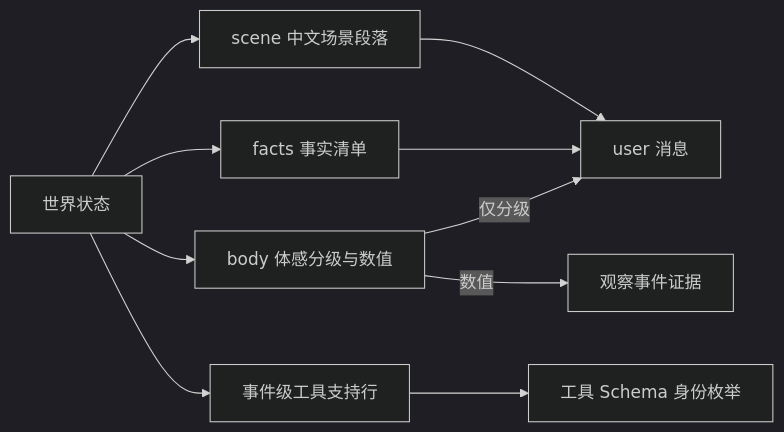
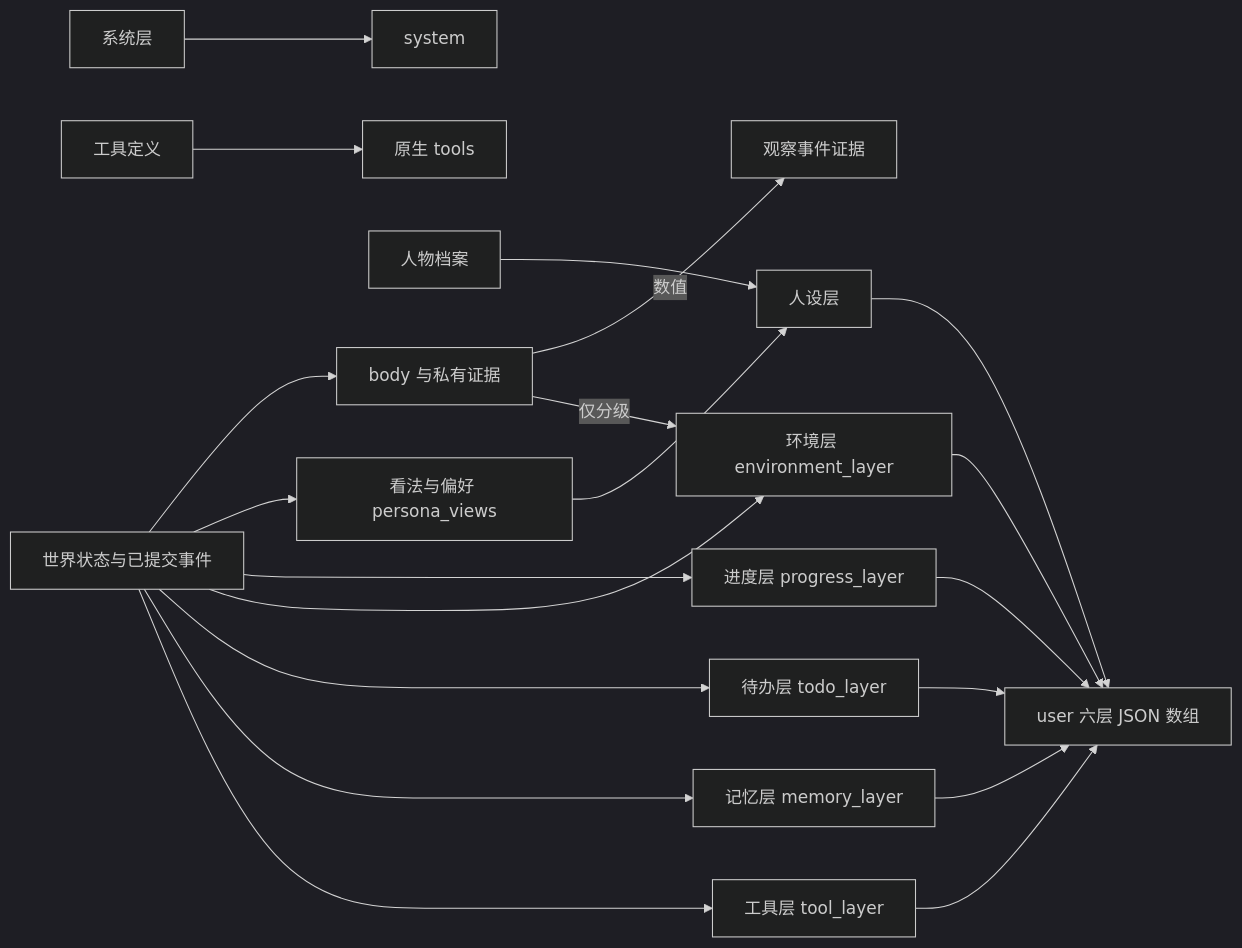
Before and after one commit to HoldThatThgt/WorldMock: the second of 2 diagrams in docs/CONTRACTS.md, drawn with Mermaid (dark theme). The commit also changed other lines of this file, not shown here.

First line of the commit message:
docs: sync CONTRACTS with the persona prompt seven-layer spec (C1-C30, C32)

````diff
--- a/docs/CONTRACTS.md
+++ b/docs/CONTRACTS.md
@@ -541,12 +610,22 @@
 ```mermaid
 flowchart LR
-    W[世界状态] --> S[scene 中文场景段落]
-    W --> F[facts 事实清单]
-    W --> B[body 体感分级与数值]
-    W --> T[事件级工具支持行]
-    S --> U[user 消息]
-    F --> U
-    B -->|仅分级| U
+    W[世界状态与已提交事件] --> TL[工具层 tool_layer]
+    W --> ML[记忆层 memory_layer]
+    W --> DL[待办层 todo_layer]
+    W --> EL[环境层 environment_layer]
+    W --> PL[进度层 progress_layer]
+    W --> PV[看法与偏好 persona_views]
+    W --> B[body 与私有证据]
+    PF[人物档案] --> PS[人设层]
+    PV --> PS
+    TL --> U[user 六层 JSON 数组]
+    PS --> U
+    ML --> U
+    DL --> U
+    EL --> U
+    PL --> U
+    B -->|仅分级| EL
     B -->|数值| E[观察事件证据]
-    T --> SCH[工具 Schema 身份枚举]
+    SL[系统层] --> S[system]
+    TD[工具定义] --> T[原生 tools]
 ```
````
